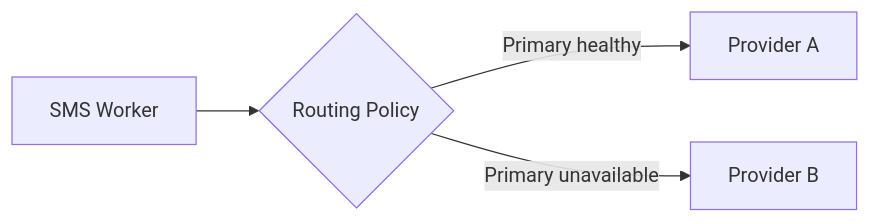
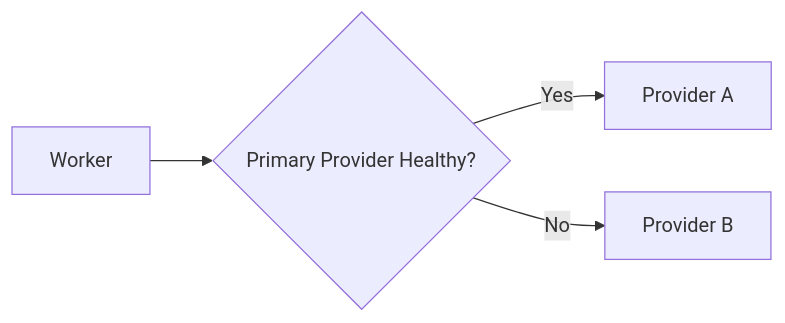
One commit to AvadhBhalodiya/Interview-Preparation changed the sixth of 10 diagrams in src/content/system-design/notification-system.md. Above: the diagram before and after it, drawn with Mermaid. The commit also changed other lines of this file and 54 other files, not shown here.

````diff
--- a/src/content/system-design/notification-system.md
+++ b/src/content/system-design/notification-system.md
@@ -923,6 +638,6 @@
 ```mermaid
 flowchart LR
-    W[SMS Worker] --> R{Routing Policy}
-    R -->|Primary healthy| P1[Provider A]
-    R -->|Primary unavailable| P2[Provider B]
+    W[Worker] --> R{Primary Provider Healthy?}
+    R -->|Yes| P1[Provider A]
+    R -->|No| P2[Provider B]
 ```
````
